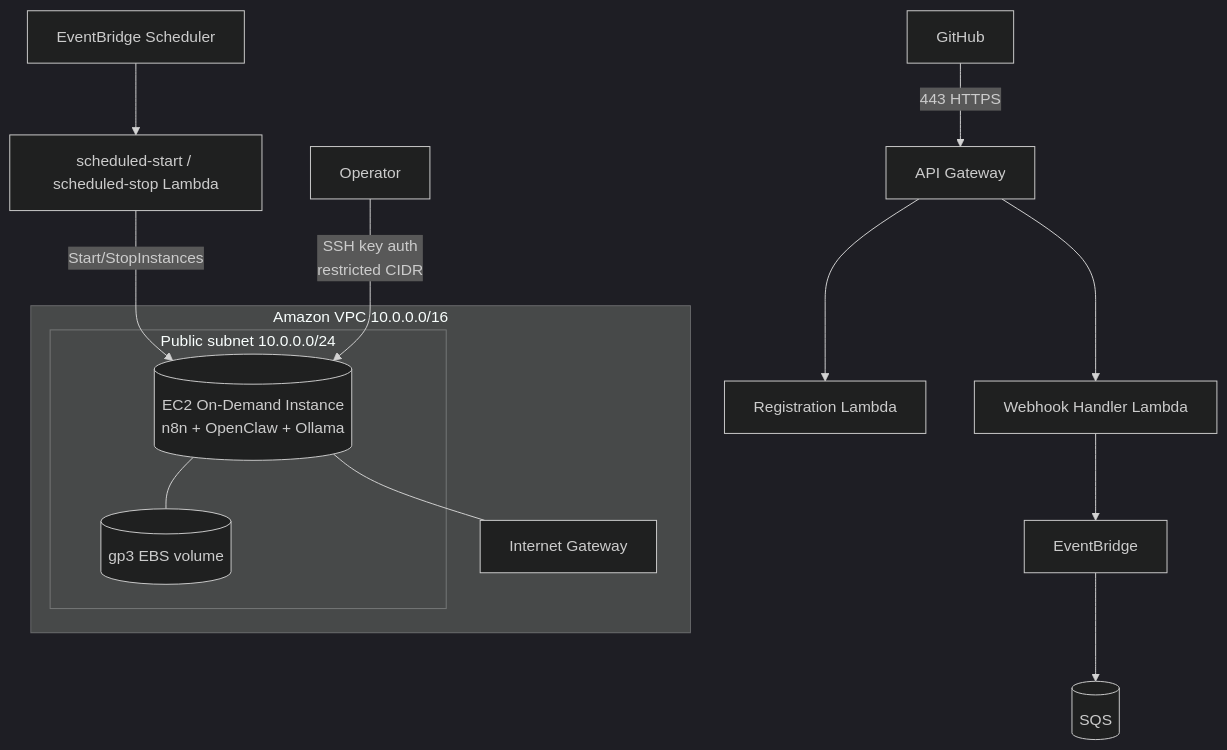
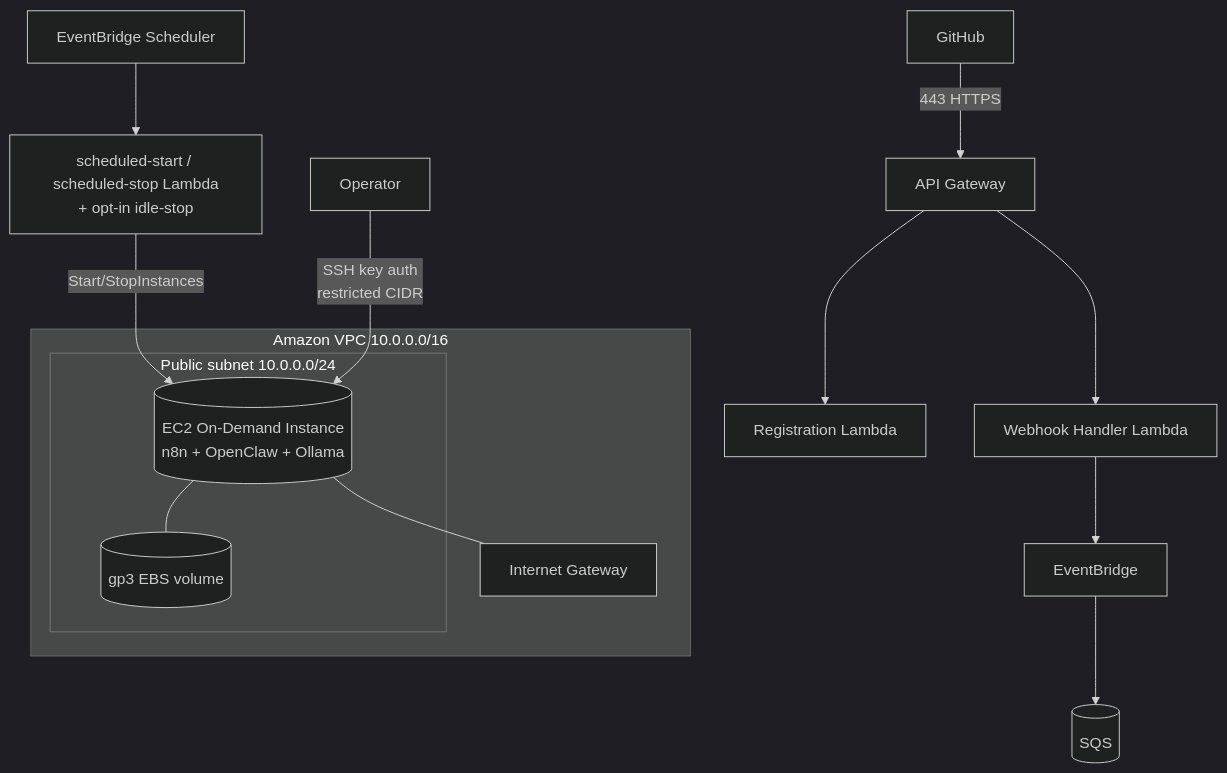
The fifth of 8 diagrams in docs/architecture.md (teddynted/ai-github-repository-blog-generator), drawn with Mermaid (dark theme) before and after one commit. The commit also changed other lines of this file and 2 other files, not shown here.

First line of the commit message:
docs(diagrams): reflect idle auto-stop in scheduler/architecture diagrams

````diff
--- a/docs/architecture.md
+++ b/docs/architecture.md
@@ -205,20 +206,20 @@
 ```mermaid
 flowchart TB
     GH[GitHub] -->|443 HTTPS| APIGW[API Gateway]
     APIGW --> LH[Webhook Handler Lambda]
     APIGW --> RL[Registration Lambda]
     LH --> EB[EventBridge]
     EB --> SQS[(SQS)]
-    SCH[EventBridge Scheduler] --> PWR[scheduled-start / scheduled-stop Lambda]
+    SCH[EventBridge Scheduler] --> PWR[scheduled-start / scheduled-stop Lambda<br/>+ opt-in idle-stop]
     subgraph VPC["Amazon VPC 10.0.0.0/16"]
         IGW[Internet Gateway]
         subgraph Public["Public subnet 10.0.0.0/24"]
             EC2[(EC2 On-Demand Instance<br/>n8n + OpenClaw + Ollama)]
             EBS[(gp3 EBS volume)]
         end
     end
     PWR -->|Start/StopInstances| EC2
     EC2 --- EBS
     EC2 --- IGW
     ADMIN[Operator] -->|SSH key auth<br/>restricted CIDR| EC2
 ```
````
